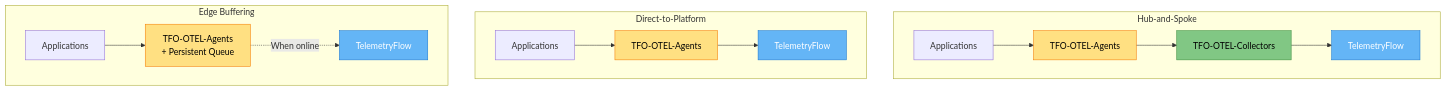
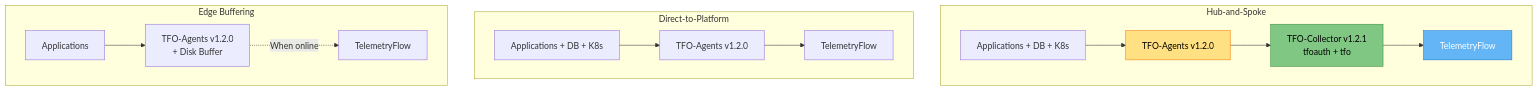
One commit to telemetryflow/telemetryflow-overview changed the first of 4 diagrams in tfo-otel/DEPLOYMENT.md. Above: the diagram before and after it, drawn with Mermaid. The commit also changed other lines of this file and 68 other files, not shown here.

Commit message:
feat: TFO Overview Update, TFO Platform v1.4.0

````diff
--- a/tfo-otel/DEPLOYMENT.md
+++ b/tfo-otel/DEPLOYMENT.md
@@ -46,26 +46,22 @@
 ```mermaid
 graph TB
     subgraph PATTERN1[Hub-and-Spoke]
-        APPS1[Applications] --> AGENTS1[TFO-OTEL-Agents]
-        AGENTS1 --> COLLECTORS1[TFO-OTEL-Collectors]
+        APPS1[Applications + DB + K8s] --> AGENTS1[TFO-Agents v1.2.0]
+        AGENTS1 --> COLLECTORS1[TFO-Collector v1.2.1<br/>tfoauth + tfo]
         COLLECTORS1 --> PLATFORM1[TelemetryFlow]
     end
 
     subgraph PATTERN2[Direct-to-Platform]
-        APPS2[Applications] --> AGENTS2[TFO-OTEL-Agents]
+        APPS2[Applications + DB + K8s] --> AGENTS2[TFO-Agents v1.2.0]
         AGENTS2 --> PLATFORM2[TelemetryFlow]
     end
 
     subgraph PATTERN3[Edge Buffering]
-        APPS3[Applications] --> AGENTS3[TFO-OTEL-Agents<br/>+ Persistent Queue]
+        APPS3[Applications] --> AGENTS3[TFO-Agents v1.2.0<br/>+ Disk Buffer]
         AGENTS3 -.->|When online| PLATFORM3[TelemetryFlow]
     end
 
     style COLLECTORS1 fill:#81C784,stroke:#388E3C,color:#000
     style AGENTS1 fill:#FFE082,stroke:#F57C00,color:#000
-    style AGENTS2 fill:#FFE082,stroke:#F57C00,color:#000
-    style AGENTS3 fill:#FFE082,stroke:#F57C00,color:#000
     style PLATFORM1 fill:#64B5F6,stroke:#1976D2,color:#fff
-    style PLATFORM2 fill:#64B5F6,stroke:#1976D2,color:#fff
-    style PLATFORM3 fill:#64B5F6,stroke:#1976D2,color:#fff
 ```
````
